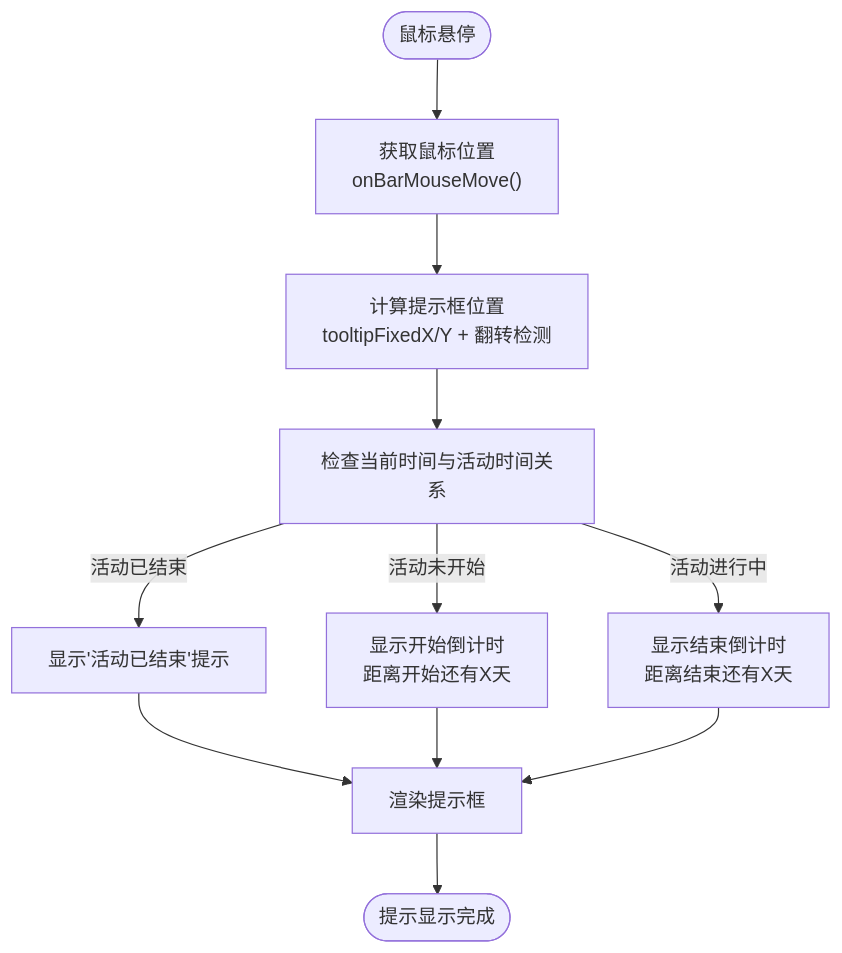
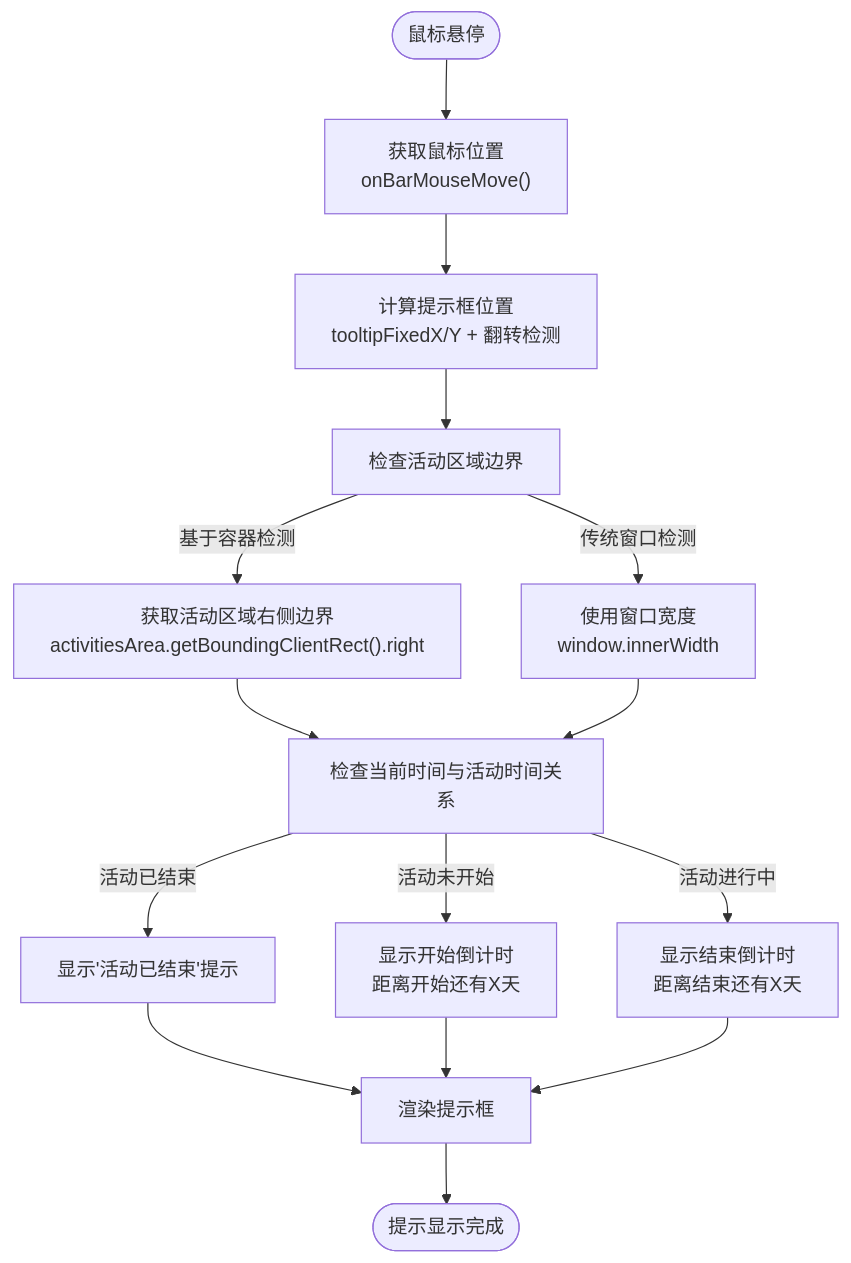
One commit to xuanyulingnfeg/gameCalendar changed the fourth of 10 diagrams in .qoder/repowiki/zh/content/核心组件/ActivityBar 活动条目组件.md. Above: the diagram before and after it, drawn with Mermaid. The commit also changed other lines of this file and 1 other file, not shown here.

````diff
--- a/.qoder/repowiki/zh/content/核心组件/ActivityBar 活动条目组件.md
+++ b/.qoder/repowiki/zh/content/核心组件/ActivityBar 活动条目组件.md
@@ -211,13 +214,17 @@
 ```mermaid
 flowchart TD
 Start([鼠标悬停]) --> GetPosition["获取鼠标位置<br/>onBarMouseMove()"]
 GetPosition --> CalculatePosition["计算提示框位置<br/>tooltipFixedX/Y + 翻转检测"]
-CalculatePosition --> CheckTime["检查当前时间与活动时间关系"]
+CalculatePosition --> CheckBoundary["检查活动区域边界"]
+CheckBoundary --> |基于容器检测| GetContainerRight["获取活动区域右侧边界<br/>activitiesArea.getBoundingClientRect().right"]
+CheckBoundary --> |传统窗口检测| UseWindowWidth["使用窗口宽度<br/>window.innerWidth"]
+GetContainerRight --> CheckTime["检查当前时间与活动时间关系"]
+UseWindowWidth --> CheckTime
 CheckTime --> |活动已结束| ShowEnded["显示'活动已结束'提示"]
 CheckTime --> |活动未开始| ShowStartCountdown["显示开始倒计时<br/>距离开始还有X天"]
 CheckTime --> |活动进行中| ShowEndCountdown["显示结束倒计时<br/>距离结束还有X天"]
 ShowEnded --> RenderTooltip["渲染提示框"]
 ShowStartCountdown --> RenderTooltip
 ShowEndCountdown --> RenderTooltip
 RenderTooltip --> End([提示显示完成])
 ```
````
